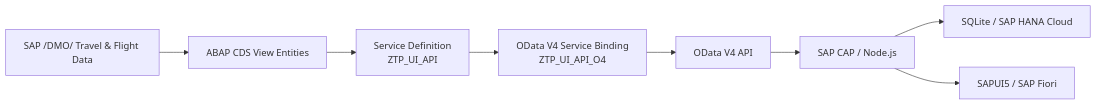
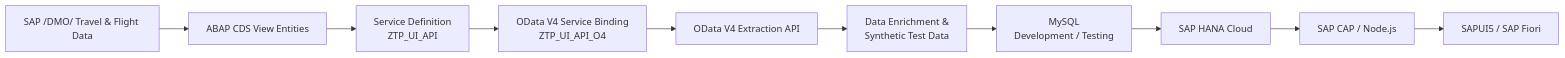
The diagram in README.md (PyCreatorr/expense-copilot-abap), drawn with Mermaid before and after one commit. The commit also changed other lines of this file, not shown here.

````diff
--- a/README.md
+++ b/README.md
@@ -16,19 +16,23 @@
 ```mermaid
 flowchart LR
     DMO["SAP /DMO/ Travel & Flight Data"]
     CDS["ABAP CDS View Entities"]
     SD["Service Definition<br/>ZTP_UI_API"]
     SB["OData V4 Service Binding<br/>ZTP_UI_API_O4"]
-    ODATA["OData V4 API"]
+    ODATA["OData V4 Extraction API"]
+    PREP["Data Enrichment &<br/>Synthetic Test Data"]
+    MYSQL["MySQL<br/>Development / Testing"]
+    HANA["SAP HANA Cloud"]
     CAP["SAP CAP / Node.js"]
-    DB["SQLite / SAP HANA Cloud"]
     UI["SAPUI5 / SAP Fiori"]
 
     DMO --> CDS
     CDS --> SD
     SD --> SB
     SB --> ODATA
-    ODATA --> CAP
-    CAP --> DB
+    ODATA --> PREP
+    PREP --> MYSQL
+    MYSQL --> HANA
+    HANA --> CAP
     CAP --> UI
 ```
````
